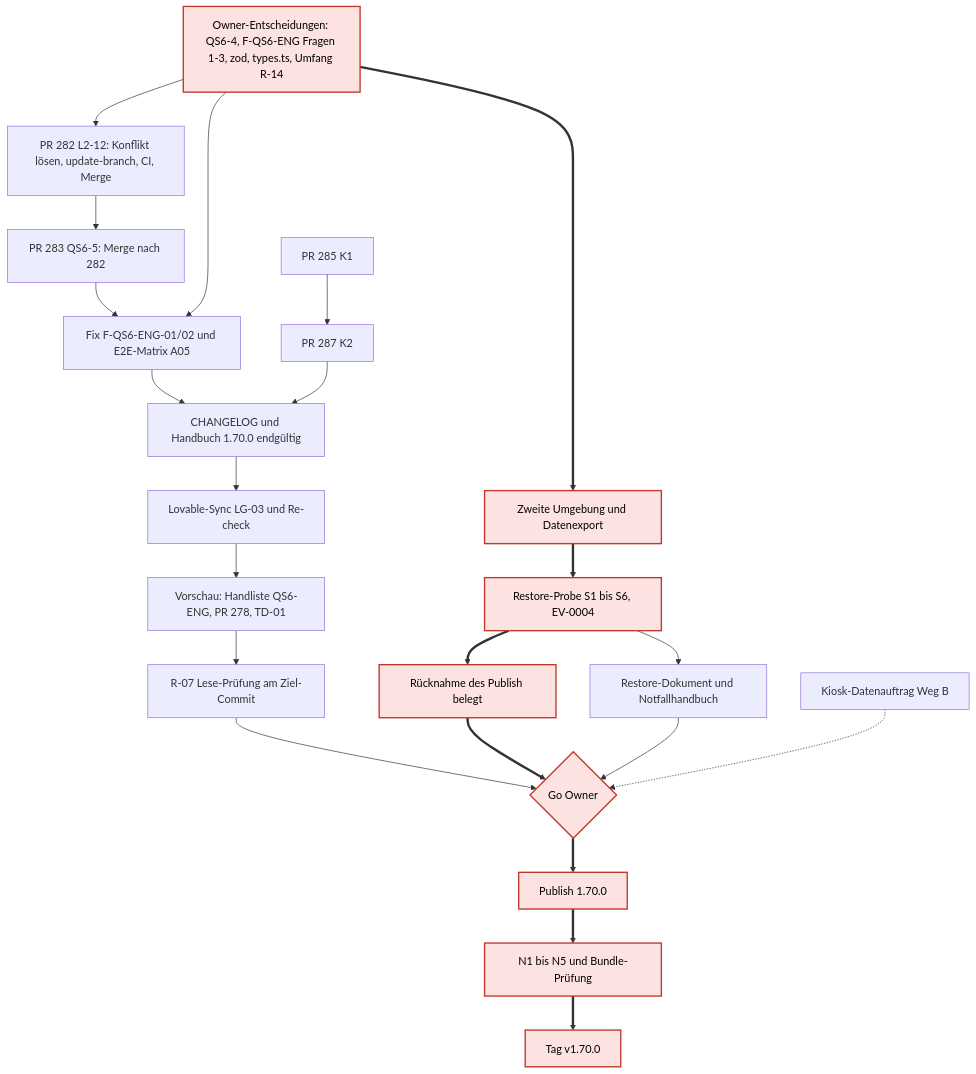
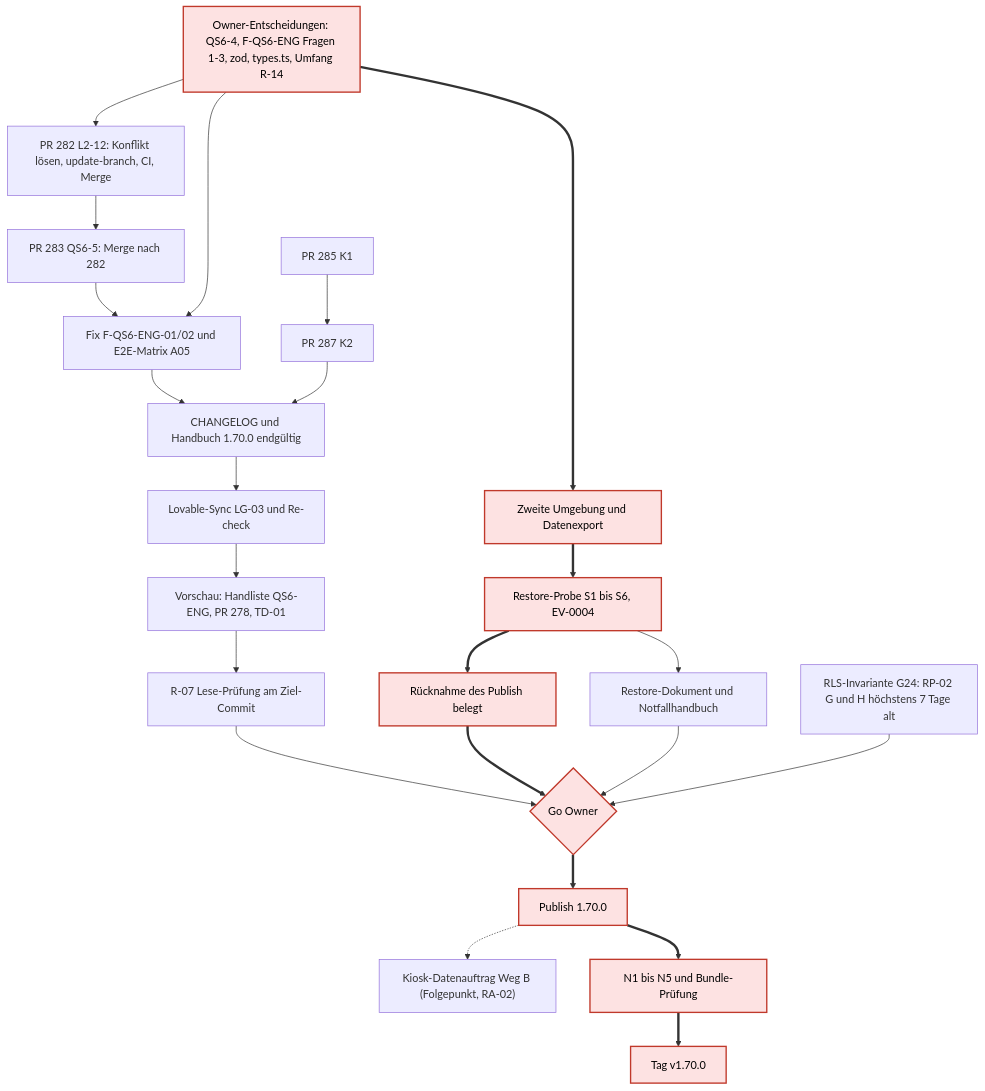
The diagram in docs/PUBLISH-GATE-BERICHT.md (bmarnau/sysingdashboard), drawn with Mermaid before and after one commit. The commit also changed other lines of this file and 9 other files, not shown here.

````diff
--- a/docs/PUBLISH-GATE-BERICHT.md
+++ b/docs/PUBLISH-GATE-BERICHT.md
@@ -196,34 +219,36 @@
 ```mermaid
 flowchart TD
   D["Owner-Entscheidungen: QS6-4, F-QS6-ENG Fragen 1-3, zod, types.ts, Umfang R-14"]
   P282["PR 282 L2-12: Konflikt lösen, update-branch, CI, Merge"]
   P283["PR 283 QS6-5: Merge nach 282"]
   ENG["Fix F-QS6-ENG-01/02 und E2E-Matrix A05"]
   P285["PR 285 K1"]
   P287["PR 287 K2"]
   CL["CHANGELOG und Handbuch 1.70.0 endgültig"]
   SYNC["Lovable-Sync LG-03 und Re-check"]
   VA["Vorschau: Handliste QS6-ENG, PR 278, TD-01"]
   R07["R-07 Lese-Prüfung am Ziel-Commit"]
   ENV["Zweite Umgebung und Datenexport"]
   R14["Restore-Probe S1 bis S6, EV-0004"]
   RD["Restore-Dokument und Notfallhandbuch"]
   RB["Rücknahme des Publish belegt"]
-  KIO["Kiosk-Datenauftrag Weg B"]
+  KIO["Kiosk-Datenauftrag Weg B (Folgepunkt, RA-02)"]
+  RLS["RLS-Invariante G24: RP-02 G und H höchstens 7 Tage alt"]
   GO{"Go Owner"}
   PUB["Publish 1.70.0"]
   N["N1 bis N5 und Bundle-Prüfung"]
   TAG["Tag v1.70.0"]
 
   D --> P282 --> P283 --> ENG --> CL
   D --> ENG
   P285 --> P287 --> CL
   CL --> SYNC --> VA --> R07 --> GO
   D ==> ENV ==> R14 ==> RB ==> GO
   R14 --> RD --> GO
-  KIO -.-> GO
+  RLS --> GO
+  PUB -.-> KIO
   GO ==> PUB ==> N ==> TAG
 
   classDef crit fill:#fde2e2,stroke:#c0392b,stroke-width:2px,color:#000
   class D,ENV,R14,RB,GO,PUB,N,TAG crit
 ```
````
